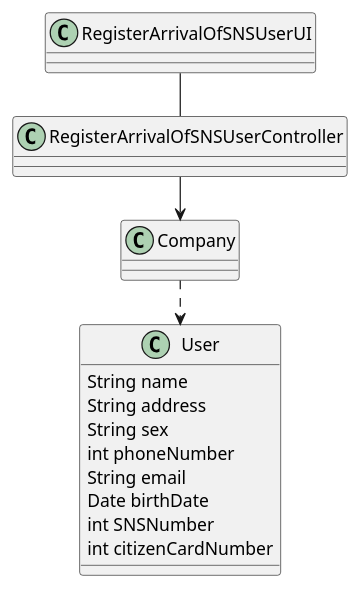
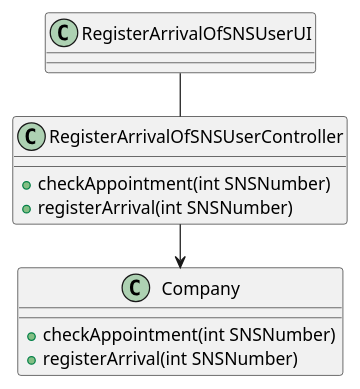
The diagram in docs/SprintC/US004/US004_CD.puml (Pirussa/lei-22-s2-1da-g02), drawn with PlantUML before and after one commit. The commit also changed 9 other files, not shown here.

Commit message:
US004 Progress on Implementation - Creation of some methods to check the requirements overall and registration of the arrival. Progress on US template - Develpment of every diagram and further improvements.

```diff
--- a/docs/SprintC/US004/US004_CD.puml
+++ b/docs/SprintC/US004/US004_CD.puml
@@ -1,30 +1,23 @@
 @startuml
 'https://plantuml.com/class-diagram
 
 class Company {
++checkAppointment(int SNSNumber)
++registerArrival(int SNSNumber)
 }
 
-class User {
-String name
-String address
-String sex
-int phoneNumber
-String email
-Date birthDate
-int SNSNumber
-int citizenCardNumber
-}
 
 class RegisterArrivalOfSNSUserUI
 
 class RegisterArrivalOfSNSUserController{
++checkAppointment(int SNSNumber)
++registerArrival(int SNSNumber)
 }
 
 
 left to right direction
 
+RegisterArrivalOfSNSUserController -> Company
 RegisterArrivalOfSNSUserUI - RegisterArrivalOfSNSUserController
-RegisterArrivalOfSNSUserController -> Company
-Company .> User
 
 @enduml
```
